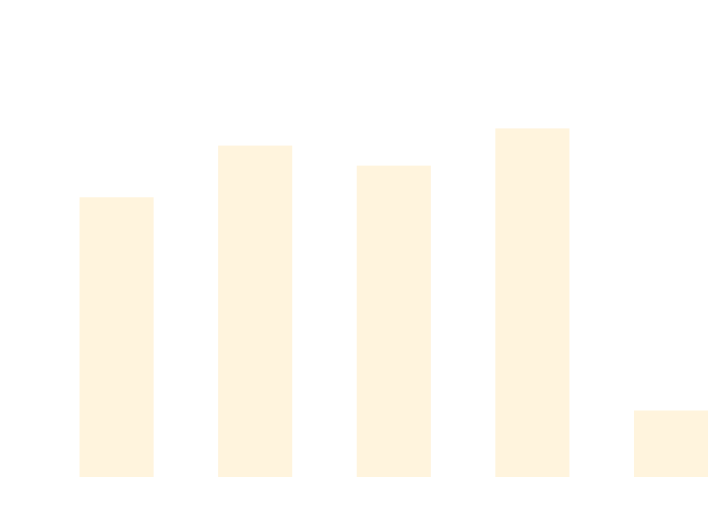
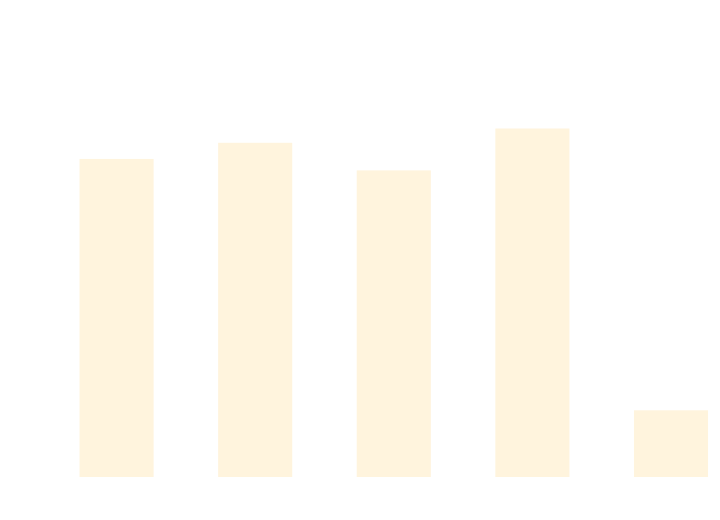
Before and after one commit to thomhurst/TUnit: the diagram in docs/docs/benchmarks/AsyncTests.md, drawn with Mermaid. The commit also changed other lines of this file and 17 other files, not shown here.

````diff
--- a/docs/docs/benchmarks/AsyncTests.md
+++ b/docs/docs/benchmarks/AsyncTests.md
@@ -27,37 +27,37 @@
 ```mermaid
 %%{init: {
   'theme':'base',
   'themeVariables': {
     'primaryColor': '#2563eb',
     'primaryTextColor': '#ffffff',
     'primaryBorderColor': '#1e40af',
     'lineColor': '#6b7280',
     'secondaryColor': '#7c3aed',
     'tertiaryColor': '#dc2626',
     'background': '#ffffff',
     'mainBkg': '#2563eb',
     'secondBkg': '#7c3aed',
     'tertiaryBkg': '#dc2626',
     'clusterBkg': '#f3f4f6',
     'edgeLabelBackground': '#ffffff',
     'tertiaryTextColor': '#1f2937',
     'pie1': '#2563eb',
     'pie2': '#7c3aed',
     'pie3': '#dc2626',
     'pie4': '#f59e0b',
     'pie5': '#10b981',
     'pie6': '#06b6d4',
     'pie7': '#ec4899',
     'pie8': '#6366f1',
     'pie9': '#84cc16',
     'pie10': '#f97316',
     'pie11': '#14b8a6',
     'pie12': '#a855f7'
   }
 }}%%
 xychart-beta
   title "AsyncTests Performance Comparison"
   x-axis ["TUnit", "NUnit", "MSTest", "xUnit3", "TUnit_AOT"]
-  y-axis "Time (ms)" 0 --> 886
-  bar [588.6, 700.6, 657.2, 737.8, 126.7]
+  y-axis "Time (ms)" 0 --> 864
+  bar [655, 689.1, 630.8, 719.3, 124]
 ```
````
